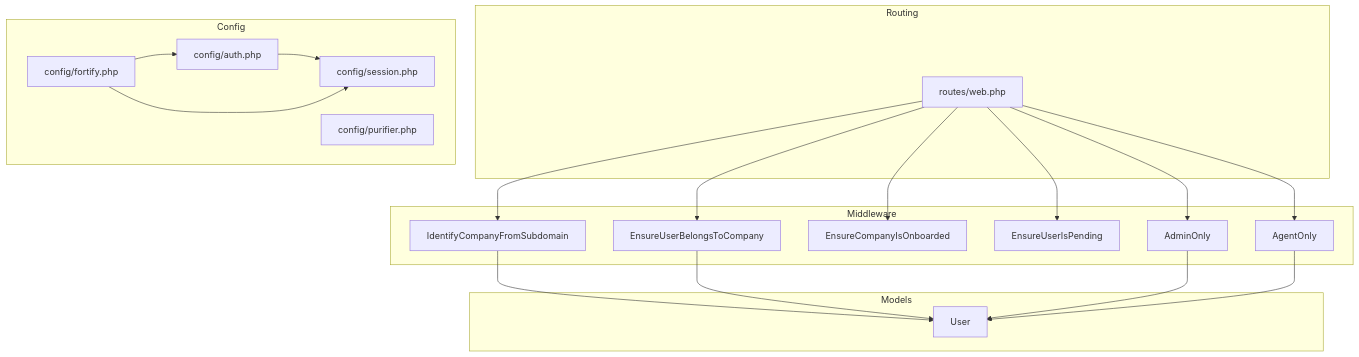
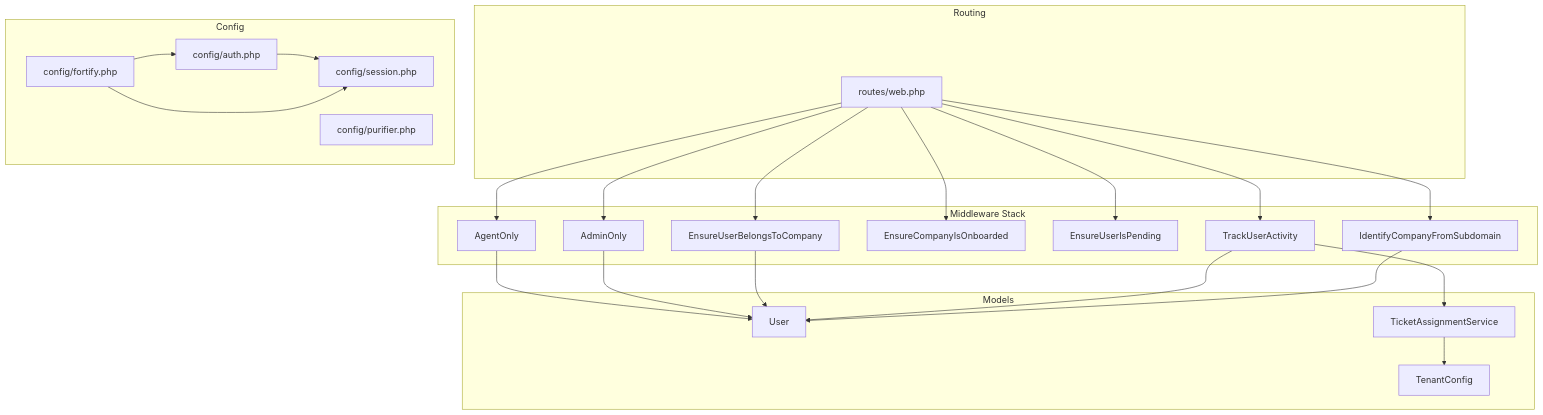
One commit to younesgamer68/helpdesk-system changed the first of 9 diagrams in .qoder/repowiki/en/content/Middleware & Security/Middleware & Security.md. Above: the diagram before and after it, drawn with Mermaid. The commit also changed other lines of this file and 210 other files, not shown here.

````diff
--- a/.qoder/repowiki/en/content/Middleware & Security/Middleware & Security.md
+++ b/.qoder/repowiki/en/content/Middleware & Security/Middleware & Security.md
@@ -40,36 +53,43 @@
 ```mermaid
 graph TB
 subgraph "Routing"
 RWeb["routes/web.php"]
 end
-subgraph "Middleware"
+subgraph "Middleware Stack"
 MSub["IdentifyCompanyFromSubdomain"]
+MTrack["TrackUserActivity"]
 MComp["EnsureUserBelongsToCompany"]
 MOnb["EnsureCompanyIsOnboarded"]
 MPend["EnsureUserIsPending"]
 MAdmin["AdminOnly"]
 MAgent["AgentOnly"]
 end
 subgraph "Config"
 CAuth["config/auth.php"]
 CSess["config/session.php"]
 CFort["config/fortify.php"]
 CPur["config/purifier.php"]
 end
 subgraph "Models"
 U["User"]
+TAS["TicketAssignmentService"]
+TC["TenantConfig"]
 end
 RWeb --> MSub
+RWeb --> MTrack
 RWeb --> MComp
 RWeb --> MOnb
 RWeb --> MPend
 RWeb --> MAdmin
 RWeb --> MAgent
 MSub --> U
+MTrack --> U
+MTrack --> TAS
+TAS --> TC
 MComp --> U
 MAdmin --> U
 MAgent --> U
 CAuth --> CSess
 CFort --> CAuth
 CFort --> CSess
 ```
````
